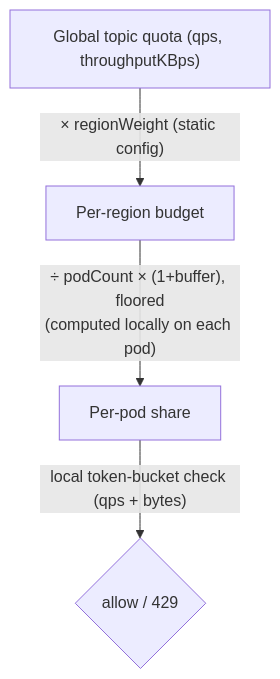
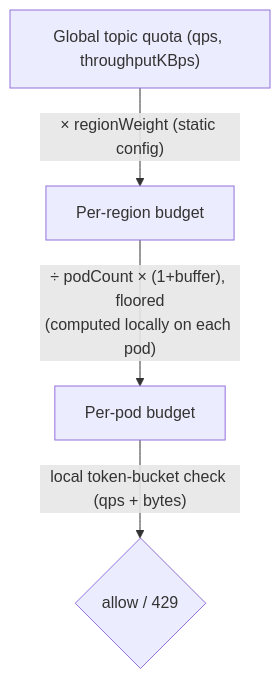
Before and after one commit to flipkart-incubator/varadhi: the first of 5 diagrams in vips/VIP-0001.md, drawn with Mermaid. The commit also changed other lines of this file and 25 other files, not shown here.

````diff
--- a/vips/VIP-0001.md
+++ b/vips/VIP-0001.md
@@ -26,7 +26,7 @@
 ```mermaid
 flowchart TD
     GQ["Global topic quota (qps, throughputKBps)"]
     GQ -->|"× regionWeight (static config)"| RB["Per-region budget"]
-    RB -->|"÷ podCount × (1+buffer), floored<br/>(computed locally on each pod)"| PS["Per-pod share"]
+    RB -->|"÷ podCount × (1+buffer), floored<br/>(computed locally on each pod)"| PS["Per-pod budget"]
     PS -->|"local token-bucket check (qps + bytes)"| DEC{"allow / 429"}
 ```
````
